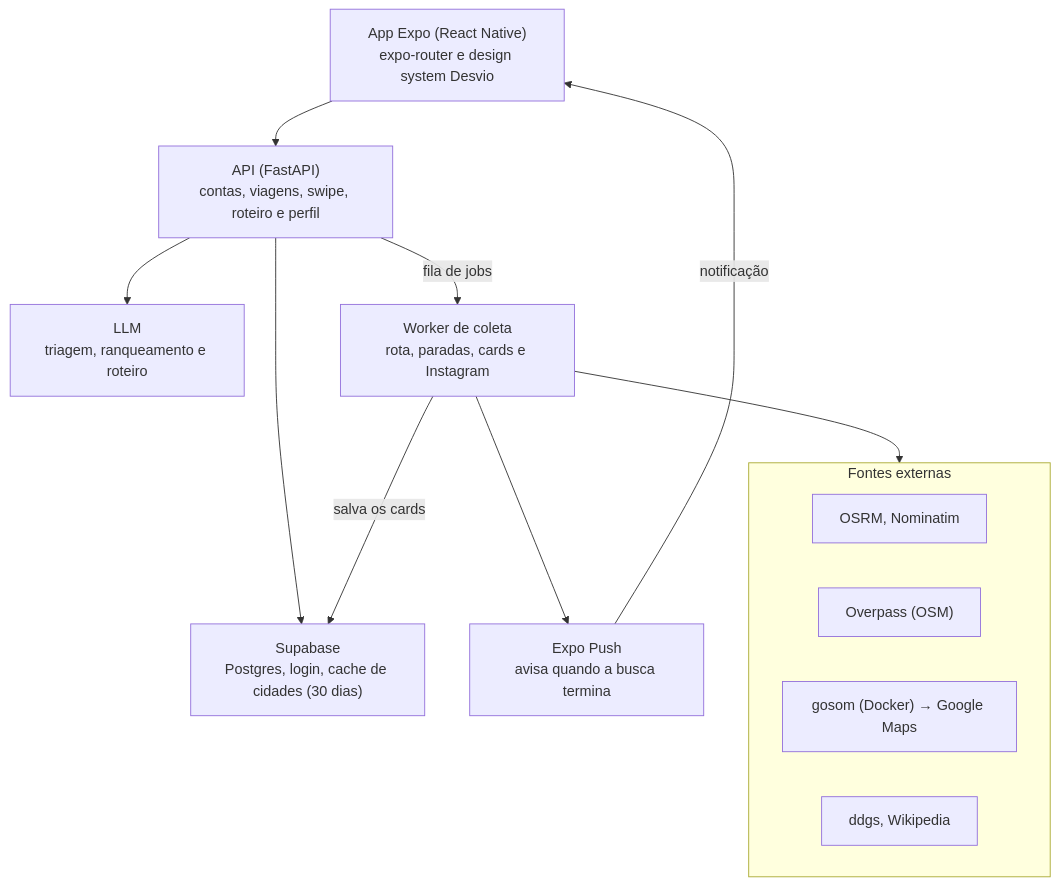
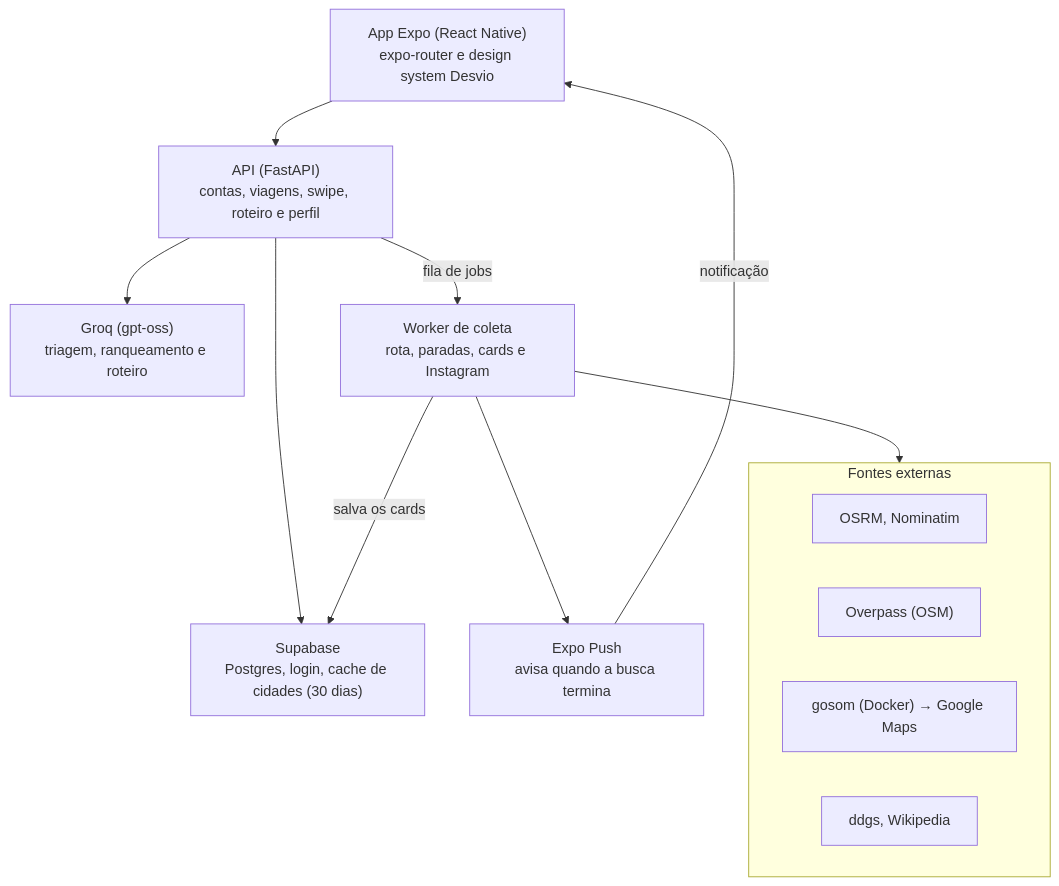
One commit to Lleooli/desvio changed the diagram in docs/PRD.md. Above: the diagram before and after it, drawn with Mermaid. The commit also changed other lines of this file and 1 other file, not shown here.

Commit message:
Verificação da stack: Groq gratuito, gosom e ddgs testados

````diff
--- a/docs/PRD.md
+++ b/docs/PRD.md
@@ -176,23 +176,23 @@
 ```mermaid
 flowchart TB
   app["App Expo (React Native)<br/>expo-router e design system Desvio"]
   api["API (FastAPI)<br/>contas, viagens, swipe, roteiro e perfil"]
   sb["Supabase<br/>Postgres, login, cache de cidades (30 dias)"]
-  llm["LLM<br/>triagem, ranqueamento e roteiro"]
+  llm["Groq (gpt-oss)<br/>triagem, ranqueamento e roteiro"]
   wk["Worker de coleta<br/>rota, paradas, cards e Instagram"]
   push["Expo Push<br/>avisa quando a busca termina"]
   subgraph fontes["Fontes externas"]
     osrm["OSRM, Nominatim"]
     osm["Overpass (OSM)"]
     gosom["gosom (Docker) → Google Maps"]
     ddgs["ddgs, Wikipedia"]
   end
   app --> api
   api --> sb
   api --> llm
   api -- fila de jobs --> wk
   wk -- salva os cards --> sb
   wk --> push
   push -- notificação --> app
   wk --> fontes
 ```
````
